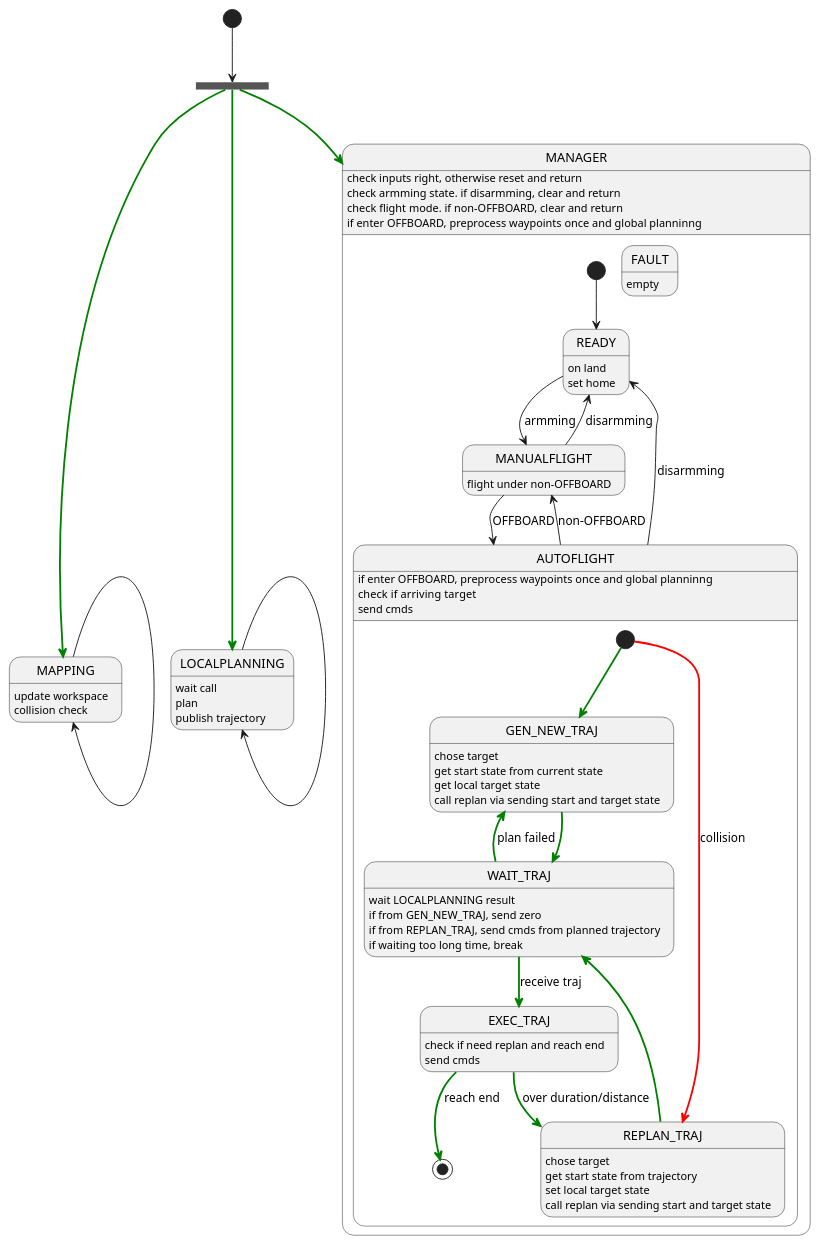
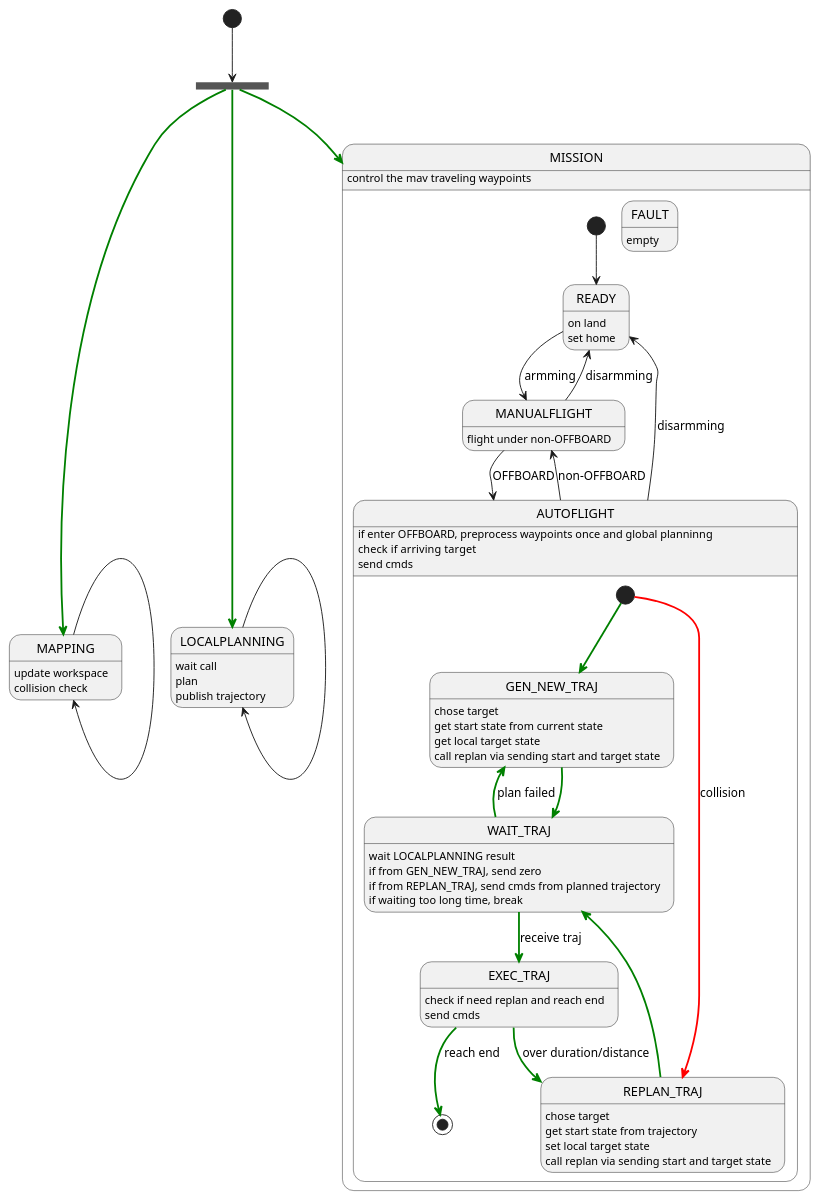
One commit to SEU-Drones/yfoa changed the diagram in state.puml. Above: the diagram before and after it, drawn with PlantUML. The commit also changed 1 other file, not shown here.

```diff
--- a/state.puml
+++ b/state.puml
@@ -1,91 +1,80 @@
 @startuml
 hide empty description
-
 
 state MAPPING: update workspace
 MAPPING: collision check
 MAPPING-->MAPPING
 
 state LOCALPLANNING: wait call
 LOCALPLANNING: plan
 LOCALPLANNING: publish trajectory
 LOCALPLANNING-->LOCALPLANNING
 
-
-state MANAGER: check inputs right, otherwise reset and return
-state MANAGER: check armming state. if disarmming, clear and return
-state MANAGER: check flight mode. if non-OFFBOARD, clear and return
-state MANAGER: if enter OFFBOARD, preprocess waypoints once and global planninng
-
-
-state MANAGER{
+state MISSION: control the mav traveling waypoints
+state MISSION{
 
     state READY: on land
     READY: set home
 
     state MANUALFLIGHT: flight under non-OFFBOARD
     ' MANUALFLIGHT: if enter OFFBOARD, preprocess waypoints
 
     state AUTOFLIGHT: if enter OFFBOARD, preprocess waypoints once and global planninng
     AUTOFLIGHT: check if arriving  target
     AUTOFLIGHT: send cmds
     state AUTOFLIGHT{
         state GEN_NEW_TRAJ: chose target
         GEN_NEW_TRAJ: get start state from current state
         GEN_NEW_TRAJ: get local target state
         GEN_NEW_TRAJ: call replan via sending start and target state
 
         state REPLAN_TRAJ: chose target
         REPLAN_TRAJ: get start state from trajectory
         REPLAN_TRAJ: set local target state
         REPLAN_TRAJ: call replan via sending start and target state
 
         state EXEC_TRAJ: check if need replan and reach end
         EXEC_TRAJ: send cmds
 
         state WAIT_TRAJ: wait LOCALPLANNING result
         WAIT_TRAJ: if from GEN_NEW_TRAJ, send zero
         WAIT_TRAJ: if from REPLAN_TRAJ, send cmds from planned trajectory
         WAIT_TRAJ: if waiting too long time, break
 
 
         [*]-[#green,bold]-->GEN_NEW_TRAJ
         [*]-[#red,bold]-->REPLAN_TRAJ: collision
 
         GEN_NEW_TRAJ-[#green,bold]->WAIT_TRAJ
         WAIT_TRAJ-[#green,bold]->GEN_NEW_TRAJ: plan failed
 
         WAIT_TRAJ-[#green,bold]->EXEC_TRAJ: receive traj
         EXEC_TRAJ-[#green,bold]->REPLAN_TRAJ: over duration/distance
 
         REPLAN_TRAJ-[#green,bold]->WAIT_TRAJ
 
         EXEC_TRAJ-[#green,bold]->[*]: reach end
     }
 
     state FAULT: empty
 
     ' [*] -[#green,bold]-> IDLE: initialization
     [*]-->READY
     READY --> MANUALFLIGHT: armming
     MANUALFLIGHT-->READY: disarmming
     ' MANUALFLIGHT --> MANUALFLIGHT
     MANUALFLIGHT --> AUTOFLIGHT: OFFBOARD
     AUTOFLIGHT --> MANUALFLIGHT: non-OFFBOARD
     AUTOFLIGHT --> READY: disarmming
 
 }
 
 state fork_state <<fork>>
 [*]-->fork_state
-fork_state-[#green,bold]->MANAGER
+fork_state-[#green,bold]->MISSION
 fork_state-[#green,bold]->MAPPING
 fork_state-[#green,bold]->LOCALPLANNING
 
 ' MAPPING-[#red,bold]->REPLAN_TRAJ
 
-
-
-
-
 @enduml
```
